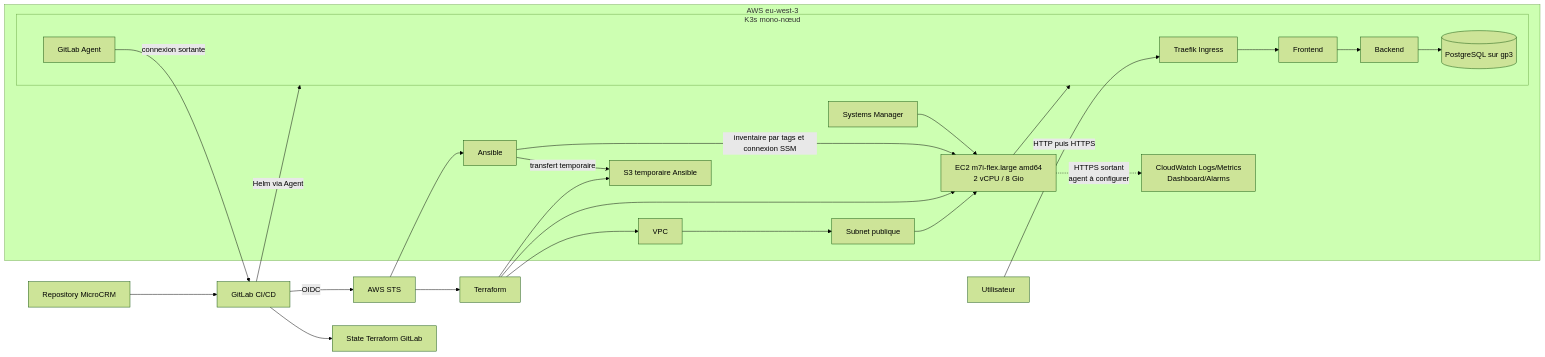
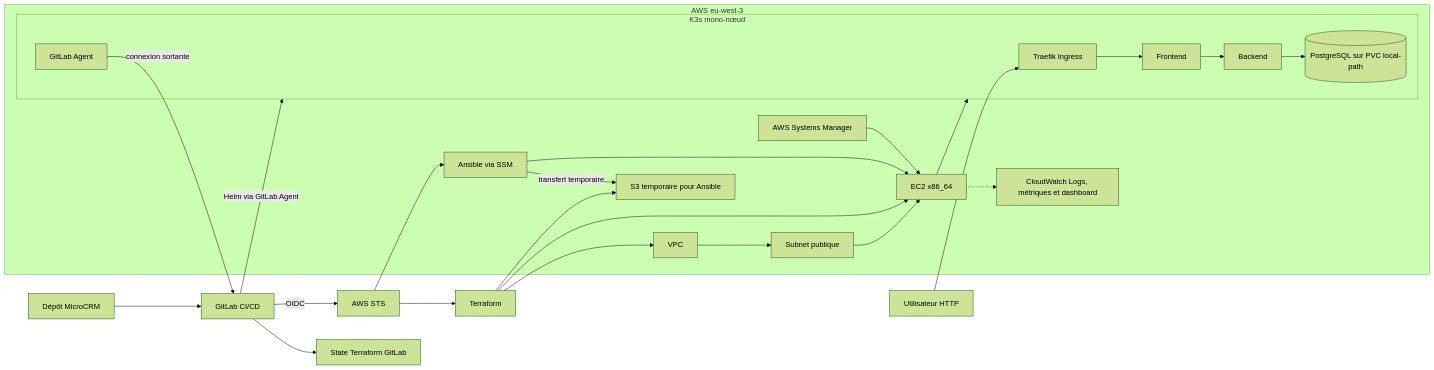
One commit to jrdora31/p6-devops-strategy changed the diagram in documentation/diagrammes/architecture_aws.md. Above: the diagram before and after it, drawn with Mermaid (forest theme). The commit also changed other lines of this file and 28 other files, not shown here.

````diff
--- a/documentation/diagrammes/architecture_aws.md
+++ b/documentation/diagrammes/architecture_aws.md
@@ -5,39 +3,39 @@
 ```mermaid
 flowchart LR
-    DEV[Repository MicroCRM] --> CI[GitLab CI/CD]
+    REPO[Dépôt MicroCRM] --> CI[GitLab CI/CD]
     CI --> STATE[State Terraform GitLab]
     CI -->|OIDC| STS[AWS STS]
     STS --> TF[Terraform]
-    STS --> ANS[Ansible]
+    STS --> ANS[Ansible via SSM]
 
     subgraph AWS[AWS eu-west-3]
         VPC[VPC]
         SUBNET[Subnet publique]
-        EC2[EC2 m7i-flex.large amd64\n2 vCPU / 8 Gio]
-        S3[S3 temporaire Ansible]
-        SSM[Systems Manager]
-        CW[CloudWatch Logs/Metrics\nDashboard/Alarms]
+        EC2[EC2 x86_64]
+        S3[S3 temporaire pour Ansible]
+        SSM[AWS Systems Manager]
+        CW[CloudWatch Logs, métriques et dashboard]
 
         subgraph K3S[K3s mono-nœud]
             TRAEFIK[Traefik Ingress]
             AGENT[GitLab Agent]
             FRONT[Frontend]
             BACK[Backend]
-            DB[(PostgreSQL sur gp3)]
+            DB[(PostgreSQL sur PVC local-path)]
         end
 
         VPC --> SUBNET --> EC2 --> K3S
         SSM --> EC2
-        EC2 -.->|HTTPS sortant\nagent à configurer| CW
+        EC2 -.-> CW
         ANS -->|transfert temporaire| S3
         TRAEFIK --> FRONT --> BACK --> DB
     end
 
     TF --> VPC
     TF --> EC2
     TF --> S3
-    ANS -->|inventaire par tags et connexion SSM| EC2
+    ANS --> EC2
     AGENT -->|connexion sortante| CI
-    CI -->|Helm via Agent| K3S
-    USER[Utilisateur] -->|HTTP puis HTTPS| TRAEFIK
+    CI -->|Helm via GitLab Agent| K3S
+    USER[Utilisateur HTTP] --> TRAEFIK
 ```
````
